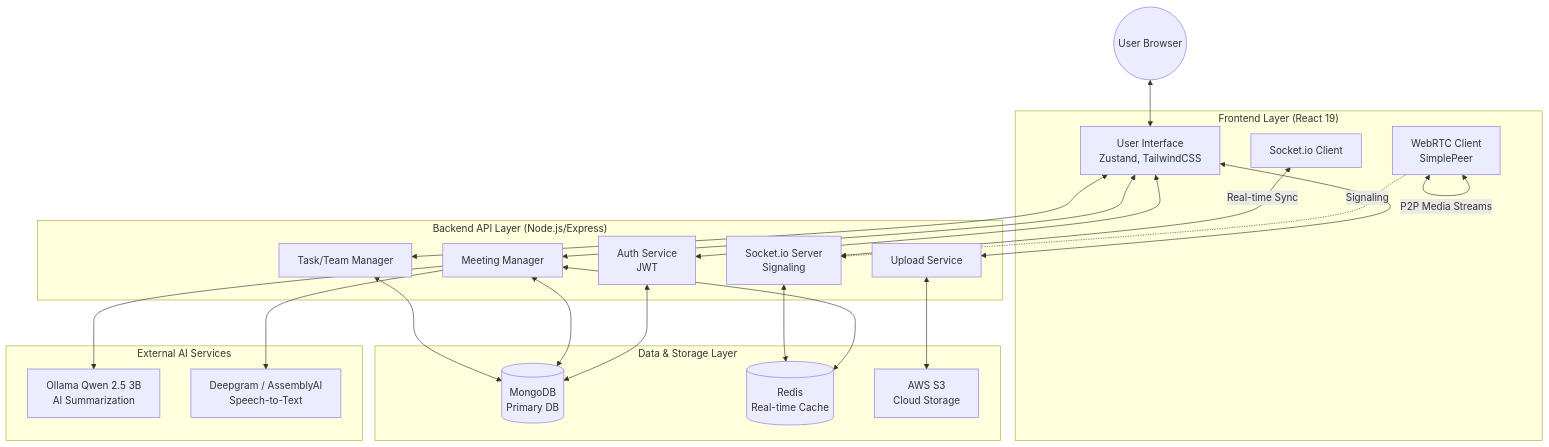
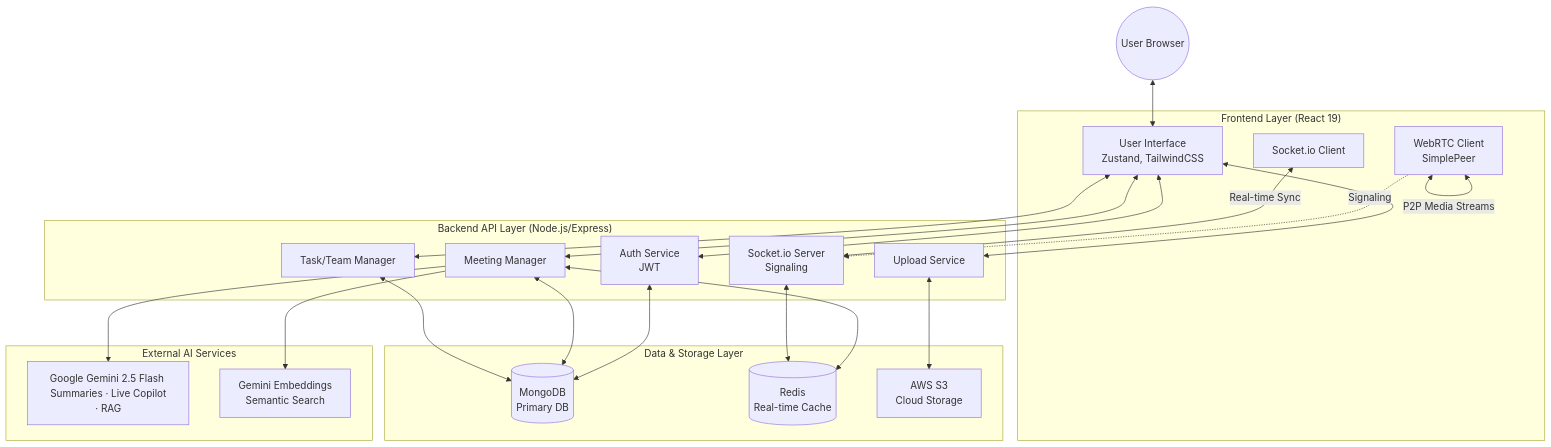
The diagram in README.md (aayushg2006/intellimeet-ai), drawn with Mermaid before and after one commit. The commit also changed other lines of this file and 22 other files, not shown here.

````diff
--- a/README.md
+++ b/README.md
@@ -42,54 +65,54 @@
 ```mermaid
 graph TD
     %% User/Client Tier
     User((User Browser))
     
     subgraph "Frontend Layer (React 19)"
         UI[User Interface <br/> Zustand, TailwindCSS]
         RTC_Client[WebRTC Client <br/> SimplePeer]
         WS_Client[Socket.io Client]
     end
     
     subgraph "Backend API Layer (Node.js/Express)"
         Auth[Auth Service <br/> JWT]
         VideoMgr[Meeting Manager]
         TaskMgr[Task/Team Manager]
         Uploads[Upload Service]
         WS_Server[Socket.io Server <br/> Signaling]
     end
     
     subgraph "Data & Storage Layer"
         DB[(MongoDB <br/> Primary DB)]
         Cache[(Redis <br/> Real-time Cache)]
         S3[AWS S3 <br/> Cloud Storage]
     end
     
     subgraph "External AI Services"
-        LLM[Ollama Qwen 2.5 3B <br/> AI Summarization]
-        Transcribe[Deepgram / AssemblyAI <br/> Speech-to-Text]
+        LLM[Google Gemini 2.5 Flash <br/> Summaries · Live Copilot · RAG]
+        Embed[Gemini Embeddings <br/> Semantic Search]
     end
 
     %% Connections
     User <--> UI
     UI <--> Auth
     UI <--> VideoMgr
     UI <--> TaskMgr
     UI <--> Uploads
     
     RTC_Client -.->|Signaling| WS_Server
     RTC_Client <-->|P2P Media Streams| RTC_Client
     
     WS_Client <-->|Real-time Sync| WS_Server
     
     Auth <--> DB
     VideoMgr <--> DB
     TaskMgr <--> DB
     
     VideoMgr <--> Cache
     WS_Server <--> Cache
     
     Uploads <--> S3
     
-    VideoMgr --> Transcribe
     VideoMgr --> LLM
+    VideoMgr --> Embed
 ```
````
